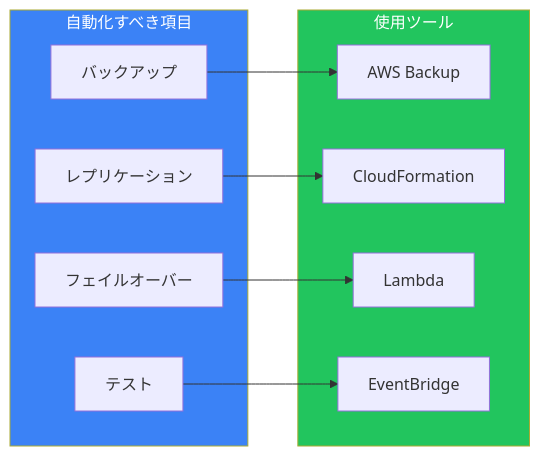
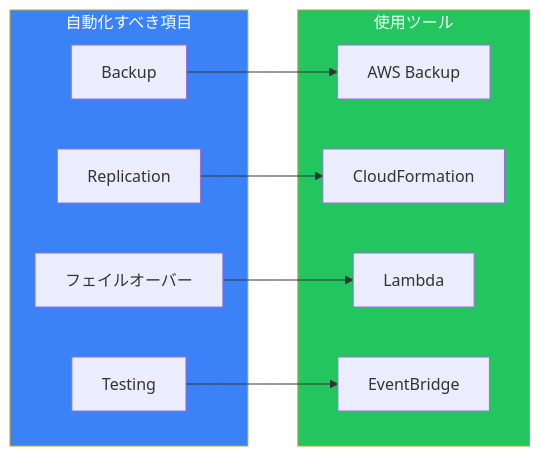
Before and after one commit to shunkus/shunku.net: the ninth of 10 diagrams in content/blog/ja/aws-disaster-recovery.md, drawn with Mermaid. The commit also changed other lines of this file and 56 other files, not shown here.

````diff
--- a/content/blog/ja/aws-disaster-recovery.md
+++ b/content/blog/ja/aws-disaster-recovery.md
@@ -389,24 +389,24 @@
 ```mermaid
 flowchart LR
     subgraph Automation["自動化すべき項目"]
-        Backup["バックアップ"]
-        Replication["レプリケーション"]
+        Backup["Backup"]
+        Replication["Replication"]
         Failover["フェイルオーバー"]
-        Testing["テスト"]
+        Testing["Testing"]
     end
 
     subgraph Tools["使用ツール"]
         AWSBackup["AWS Backup"]
         CloudFormation["CloudFormation"]
         Lambda["Lambda"]
         EventBridge["EventBridge"]
     end
 
     Backup --> AWSBackup
     Replication --> CloudFormation
     Failover --> Lambda
     Testing --> EventBridge
 
     style Automation fill:#3b82f6,color:#fff
     style Tools fill:#22c55e,color:#fff
 ```
````
